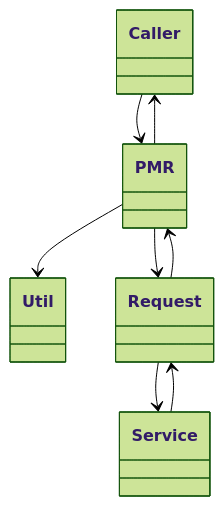
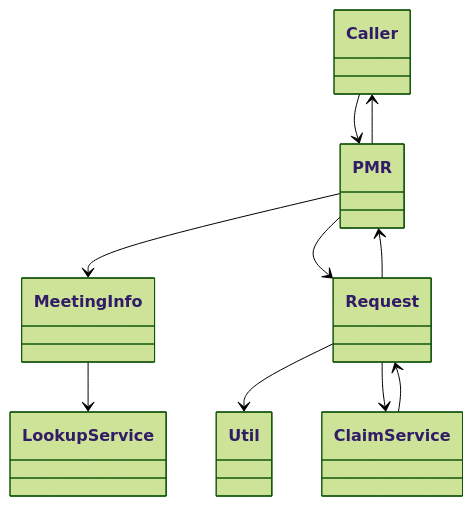
One commit to webex/webex-js-sdk changed the fourth of 4 diagrams in packages/@webex/plugin-meetings/src/personal-meeting-room/ai-docs/personal-meeting-room-spec.md. Above: the diagram before and after it, drawn with Mermaid (forest theme). The commit also changed other lines of this file and 24 other files, not shown here.

````diff
--- a/packages/@webex/plugin-meetings/src/personal-meeting-room/ai-docs/personal-meeting-room-spec.md
+++ b/packages/@webex/plugin-meetings/src/personal-meeting-room/ai-docs/personal-meeting-room-spec.md
@@ -151,15 +167,19 @@
 ```mermaid
 classDiagram
   class Caller
   class PMR
+  class MeetingInfo
   class Util
   class Request
-  class Service
+  class LookupService
+  class ClaimService
   Caller --> PMR
-  PMR --> Util
+  PMR --> MeetingInfo
+  MeetingInfo --> LookupService
   PMR --> Request
-  Request --> Service
-  Service --> Request
+  Request --> Util
+  Request --> ClaimService
+  ClaimService --> Request
   Request --> PMR
   PMR --> Caller
 ```
````
